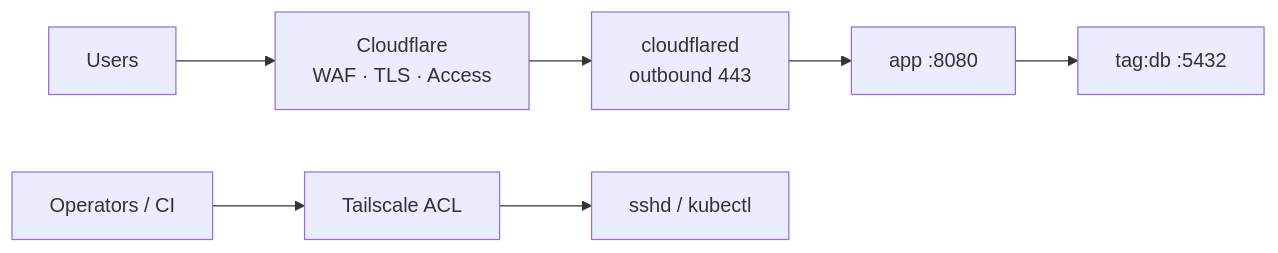
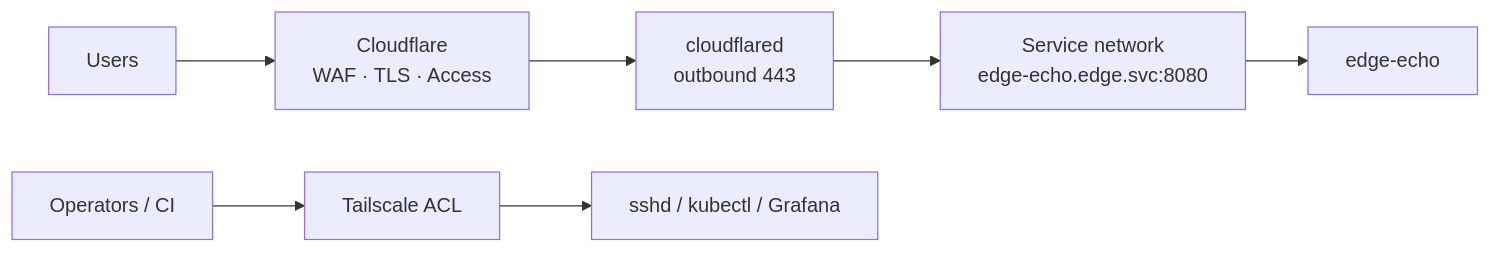
Before and after one commit to Kikyo987/zero-trust-edge: the diagram in cloudflare/tunnel-and-access.md, drawn with Mermaid. The commit also changed other lines of this file and 38 other files, not shown here.

````diff
--- a/cloudflare/tunnel-and-access.md
+++ b/cloudflare/tunnel-and-access.md
@@ -66,10 +70,10 @@
 ```mermaid
 flowchart LR
   Users["Users"] --> CF["Cloudflare<br/>WAF · TLS · Access"]
-  CF --> Tunnel["cloudflared<br/>outbound 443"]
-  Tunnel --> App["app :8080"]
+  CF --> CFD["cloudflared<br/>outbound 443"]
+  CFD --> SVC["Service network<br/>edge-echo.edge.svc:8080"]
+  SVC --> App["edge-echo"]
 
   Ops["Operators / CI"] --> TS["Tailscale ACL"]
-  TS --> SSH["sshd / kubectl"]
-  App --> DB["tag:db :5432"]
+  TS --> Node["sshd / kubectl / Grafana"]
 ```
````
